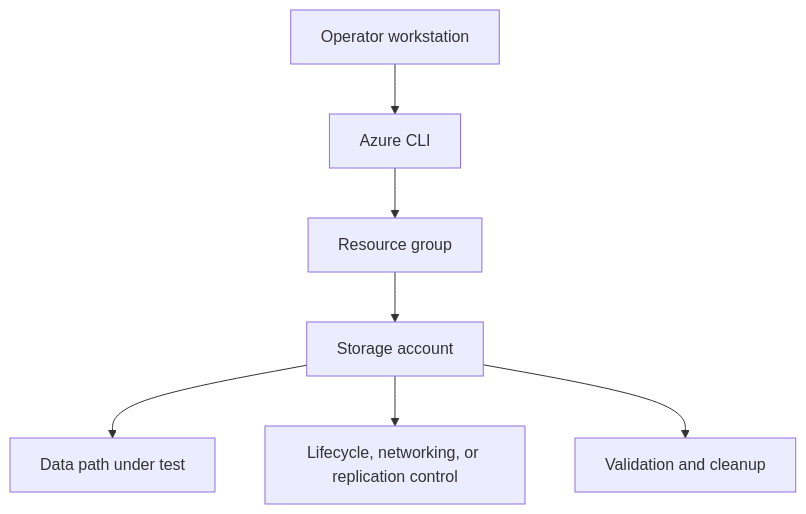
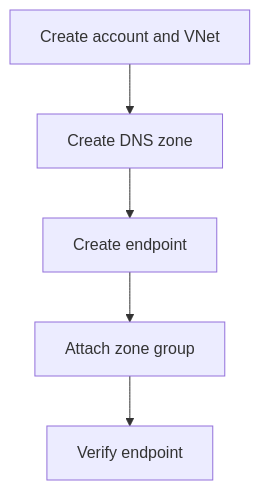
One commit to yeongseon/azure-storage-practical-guide changed the diagram in docs/tutorials/lab-guides/lab-02-private-endpoint-storage.md. Above: the diagram before and after it, drawn with Mermaid. The commit also changed other lines of this file and 90 other files, not shown here.

````diff
--- a/docs/tutorials/lab-guides/lab-02-private-endpoint-storage.md
+++ b/docs/tutorials/lab-guides/lab-02-private-endpoint-storage.md
@@ -25,9 +41,12 @@
 ```mermaid
 flowchart TD
-    A[Operator workstation] --> B[Azure CLI]
-    B --> C[Resource group]
-    C --> D[Storage account]
-    D --> E[Data path under test]
-    D --> F[Lifecycle, networking, or replication control]
-    D --> G[Validation and cleanup]
+    A[Create account and VNet]
+    B[Create DNS zone]
+    A --> B
+    C[Create endpoint]
+    B --> C
+    D[Attach zone group]
+    C --> D
+    E[Verify endpoint]
+    D --> E
 ```
````
